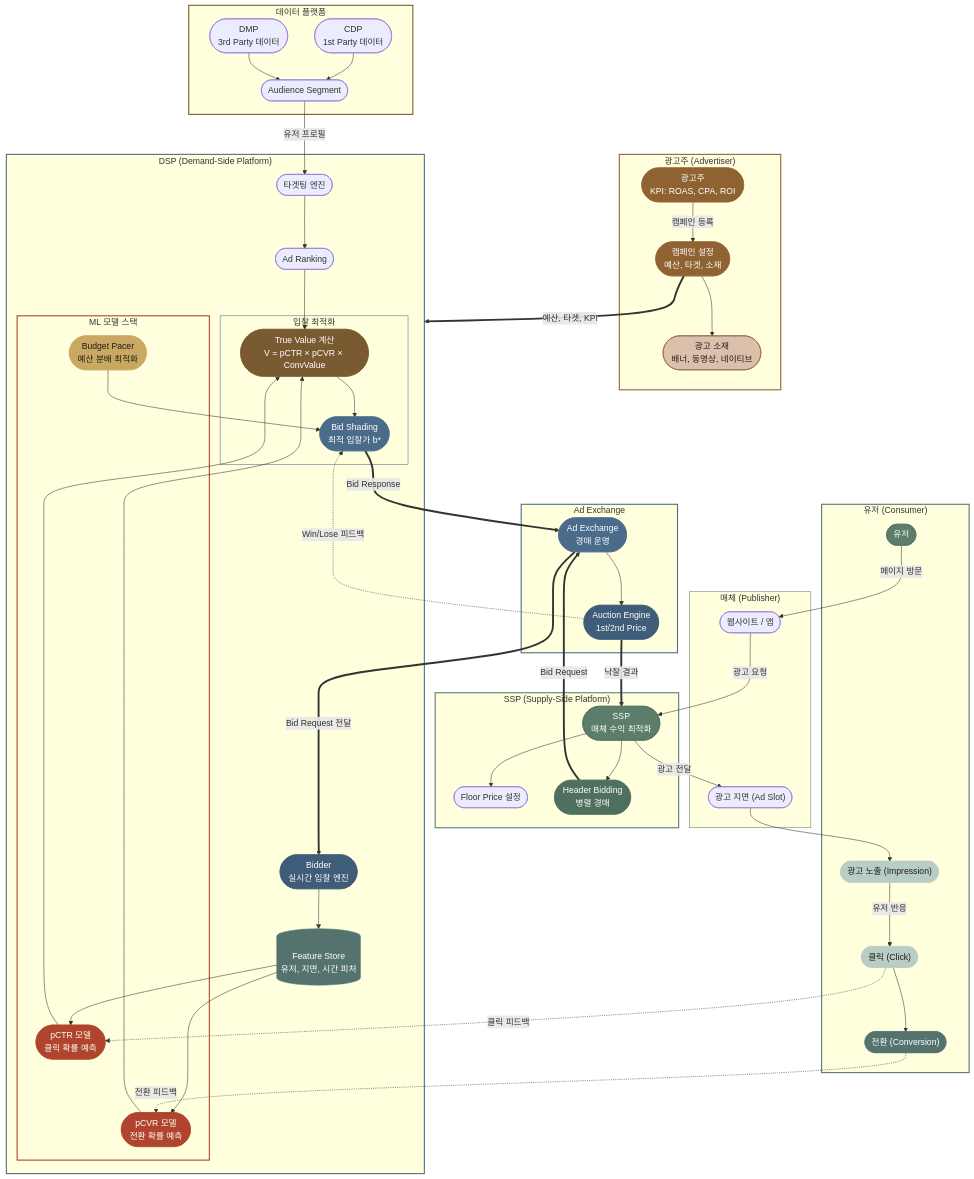
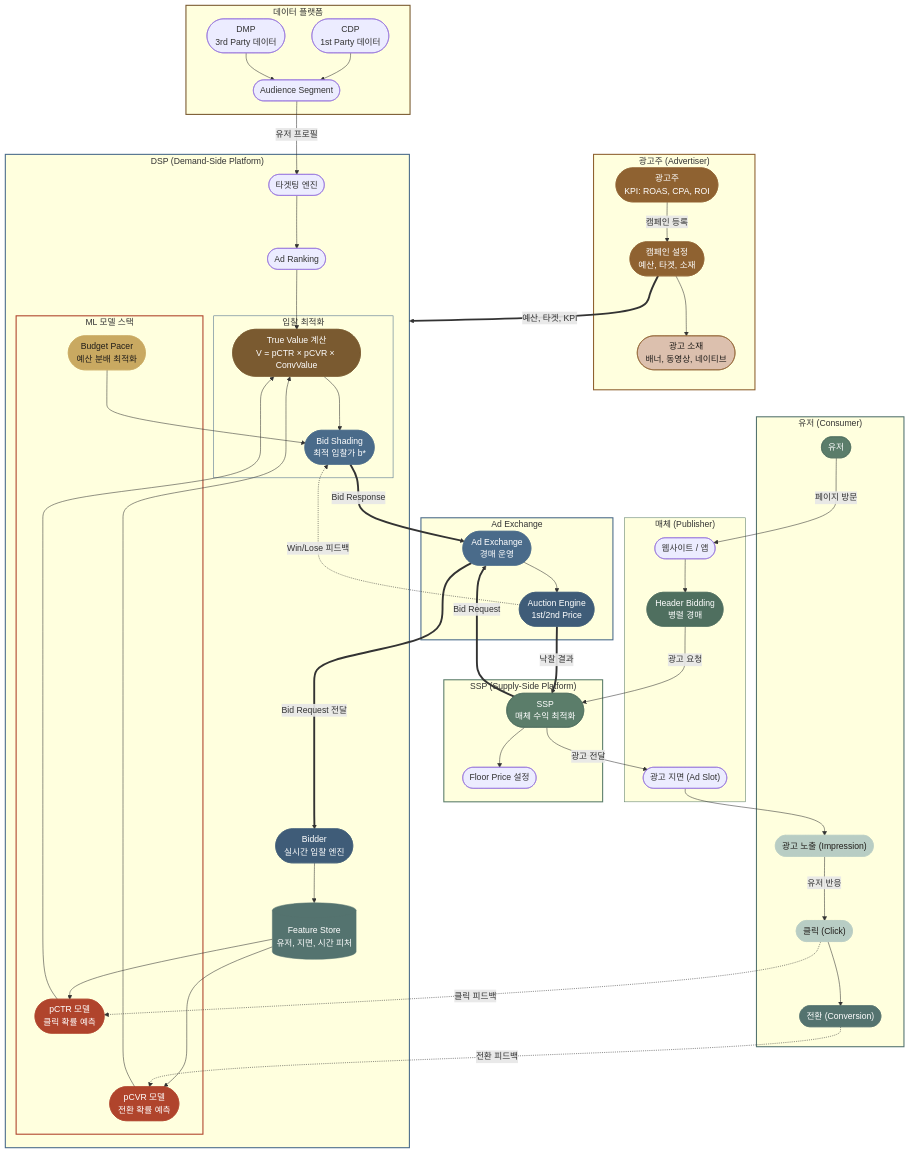
The diagram in posts-easy/adtech-ecosystem-map.md (chkimsu/adtech-blog), drawn with Mermaid before and after one commit. The commit also changed other lines of this file and 1 other file, not shown here.

```diff
--- a/posts-easy/adtech-ecosystem-map.md
+++ b/posts-easy/adtech-ecosystem-map.md
@@ -51,12 +51,12 @@
   subgraph SSP_System["SSP (Supply-Side Platform)"]
     SSP(["SSP<br/>매체 수익 최적화"])
     FLOOR(["Floor Price 설정"])
-    HB(["Header Bidding<br/>병렬 경매"])
   end
 
   subgraph Publisher["매체 (Publisher)"]
     PUB(["웹사이트 / 앱"])
     SLOT(["광고 지면 (Ad Slot)"])
+    HB(["Header Bidding<br/>병렬 경매"])
   end
 
   subgraph User_Side["유저 (Consumer)"]
@@ -75,10 +75,10 @@
   SEGMENT -->|유저 프로필| TARGETING
 
   USER -->|페이지 방문| PUB
-  PUB -->|광고 요청| SSP
+  PUB --> HB
+  HB -->|광고 요청| SSP
   SSP --> FLOOR
-  SSP --> HB
-  HB ==>|Bid Request| ADEX
+  SSP ==>|Bid Request| ADEX
   ADEX ==>|Bid Request 전달| BIDDER
 
   BIDDER --> FEAT
```
